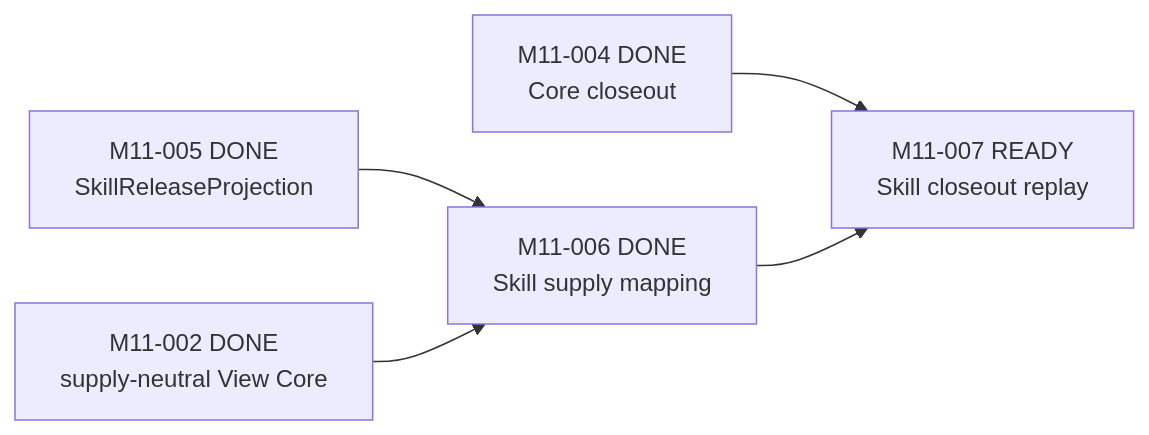
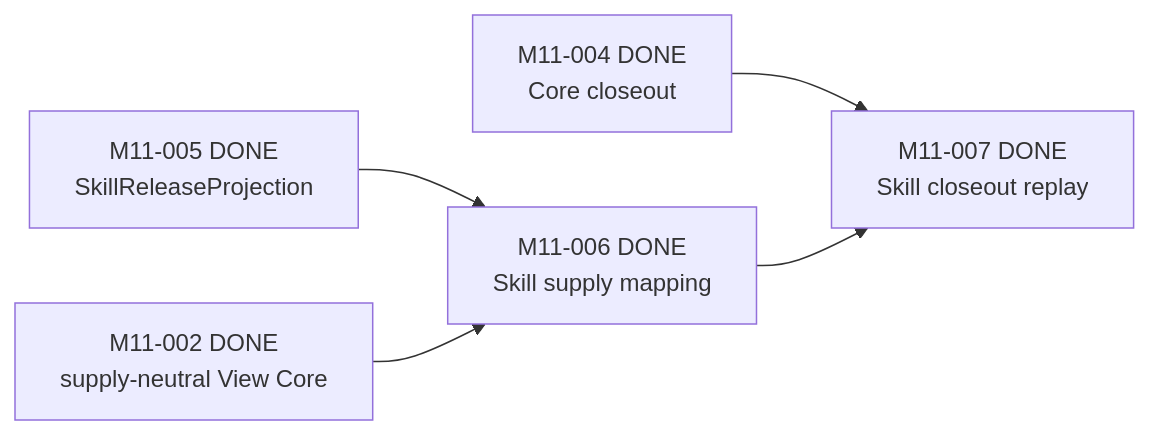
One commit to Chengyue-Lu/research-agent-workbench changed the fourth of 5 diagrams in docs/M_SERIES_IMPLEMENTATION_MAP.md. Above: the diagram before and after it, drawn with Mermaid. The commit also changed other lines of this file and 22 other files, not shown here.

````diff
--- a/docs/M_SERIES_IMPLEMENTATION_MAP.md
+++ b/docs/M_SERIES_IMPLEMENTATION_MAP.md
@@ -166,7 +166,7 @@
 ```mermaid
 flowchart LR
     M1105["M11-005 DONE<br/>SkillReleaseProjection"] --> M1106["M11-006 DONE<br/>Skill supply mapping"]
     M1102["M11-002 DONE<br/>supply-neutral View Core"] --> M1106
-    M1104["M11-004 DONE<br/>Core closeout"] --> M1107["M11-007 READY<br/>Skill closeout replay"]
+    M1104["M11-004 DONE<br/>Core closeout"] --> M1107["M11-007 DONE<br/>Skill closeout replay"]
     M1106 --> M1107
 ```
````
